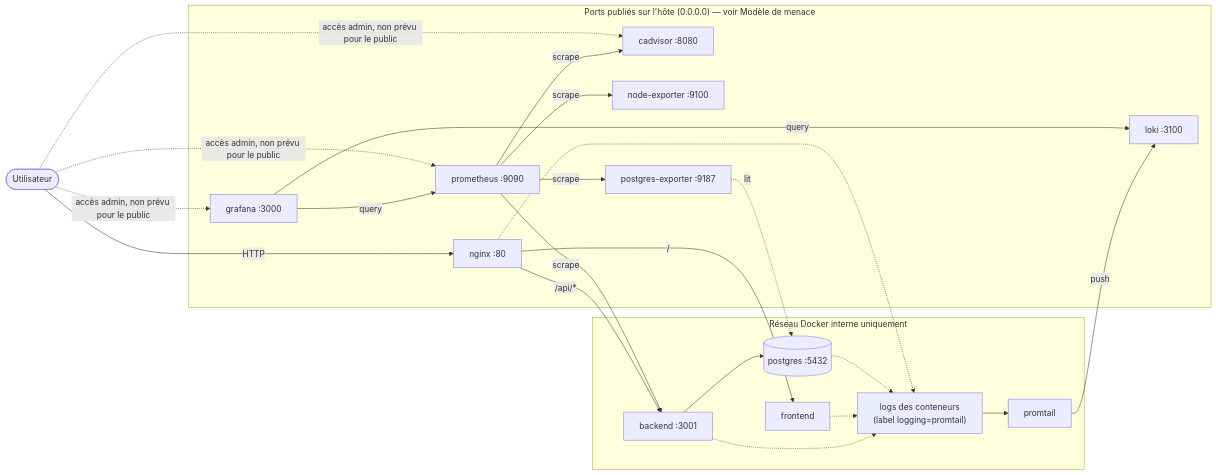
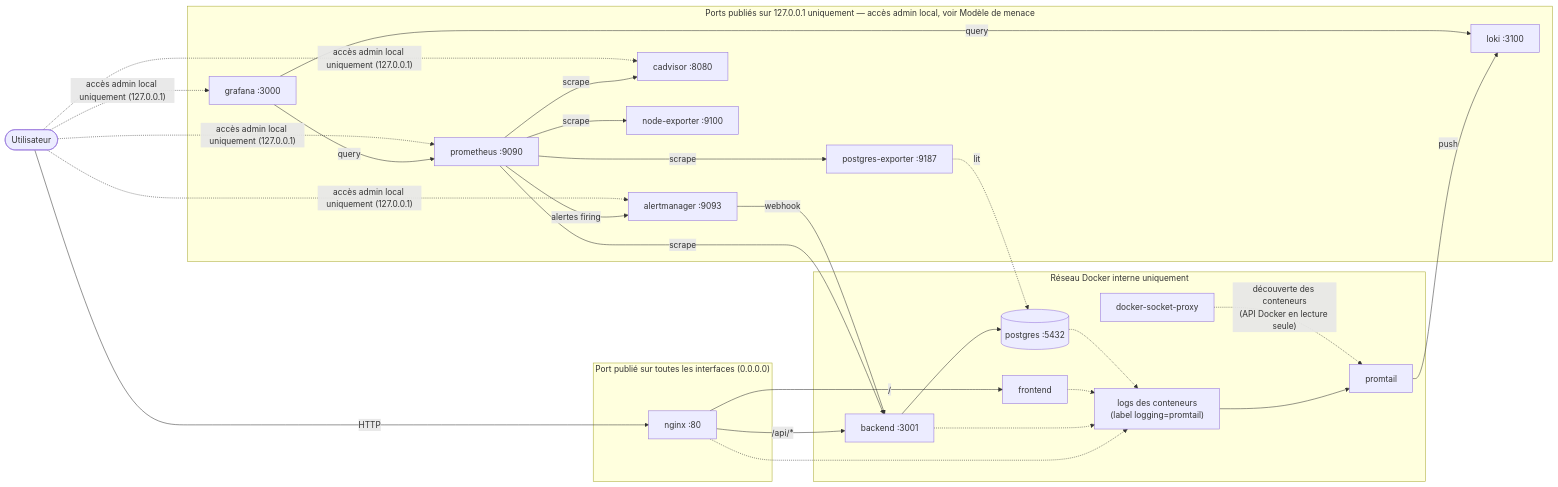
The diagram in README.md (bgmojito/webmon), drawn with Mermaid before and after one commit. The commit also changed other lines of this file and 4 other files, not shown here.

First line of the commit message:
fix: corrige la découverte Docker de Promtail, Loki et l'alerting bout-en-bout

````diff
--- a/README.md
+++ b/README.md
@@ -149,47 +150,56 @@
 ```mermaid
 flowchart LR
     user(["Utilisateur"])
 
-    subgraph pub["Ports publiés sur l'hôte (0.0.0.0) — voir Modèle de menace"]
+    subgraph pub["Port publié sur toutes les interfaces (0.0.0.0)"]
         nginx["nginx :80"]
+    end
+
+    subgraph admin["Ports publiés sur 127.0.0.1 uniquement — accès admin local, voir Modèle de menace"]
         grafana["grafana :3000"]
         prometheus["prometheus :9090"]
+        alertmanager["alertmanager :9093"]
         loki["loki :3100"]
         cadvisor["cadvisor :8080"]
         nodeexp["node-exporter :9100"]
         pgexp["postgres-exporter :9187"]
     end
 
     subgraph priv["Réseau Docker interne uniquement"]
         frontend["frontend"]
         backend["backend :3001"]
         postgres[("postgres :5432")]
         promtail["promtail"]
+        dockerproxy["docker-socket-proxy"]
         dockerlogs["logs des conteneurs<br/>(label logging=promtail)"]
     end
 
     user -- HTTP --> nginx
     nginx -- "/" --> frontend
     nginx -- "/api/*" --> backend
     backend --> postgres
     pgexp -. lit .-> postgres
 
     nginx -.-> dockerlogs
     backend -.-> dockerlogs
     frontend -.-> dockerlogs
     postgres -.-> dockerlogs
     dockerlogs --> promtail
+    dockerproxy -. "découverte des conteneurs<br/>(API Docker en lecture seule)" .-> promtail
     promtail -- push --> loki
 
     prometheus -- scrape --> nodeexp
     prometheus -- scrape --> cadvisor
     prometheus -- scrape --> pgexp
     prometheus -- scrape --> backend
+    prometheus -- "alertes firing" --> alertmanager
+    alertmanager -- webhook --> backend
 
     grafana -- query --> prometheus
     grafana -- query --> loki
 
-    user -. "accès admin, non prévu pour le public" .-> grafana
-    user -. "accès admin, non prévu pour le public" .-> prometheus
-    user -. "accès admin, non prévu pour le public" .-> cadvisor
+    user -. "accès admin local uniquement (127.0.0.1)" .-> grafana
+    user -. "accès admin local uniquement (127.0.0.1)" .-> prometheus
+    user -. "accès admin local uniquement (127.0.0.1)" .-> alertmanager
+    user -. "accès admin local uniquement (127.0.0.1)" .-> cadvisor
 ```
````
